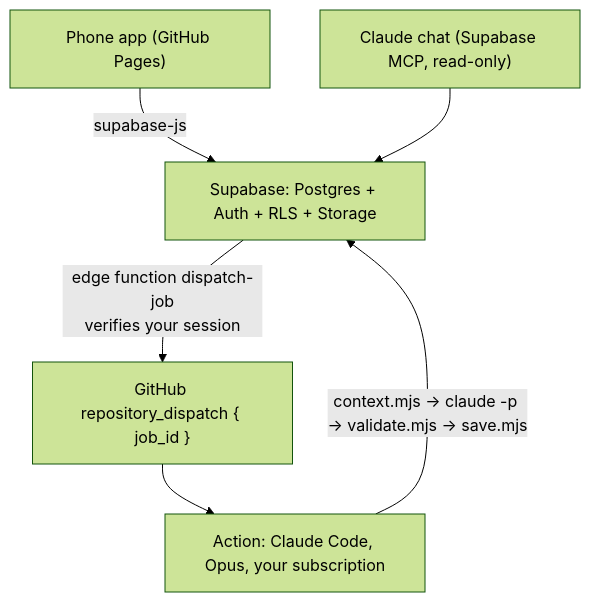
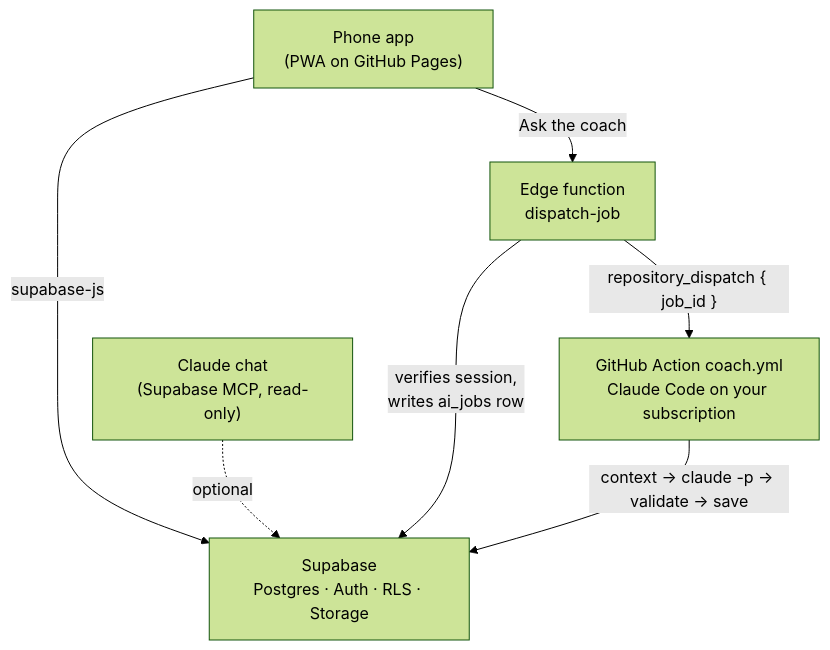
The first of 2 diagrams in README.md (AriyanAzami/gym-coach), drawn with Mermaid (forest theme) before and after one commit. The commit also changed other lines of this file, not shown here.

````diff
--- a/README.md
+++ b/README.md
@@ -12,10 +14,11 @@
 ```mermaid
 flowchart TD
-    A["Phone app (GitHub Pages)"] -- supabase-js --> B
-    C["Claude chat (Supabase MCP, read-only)"] --> B
-    B["Supabase: Postgres + Auth + RLS + Storage"]
-    B -- "edge function dispatch-job<br/>verifies your session" --> D
-    D["GitHub repository_dispatch { job_id }"] --> E
-    E["Action: Claude Code, Opus, your subscription"]
-    E -- "context.mjs → claude -p → validate.mjs → save.mjs" --> B
+    A["Phone app<br/>(PWA on GitHub Pages)"] -- "supabase-js" --> B
+    C["Claude chat<br/>(Supabase MCP, read-only)"] -. optional .-> B
+    B["Supabase<br/>Postgres · Auth · RLS · Storage"]
+    A -- "Ask the coach" --> F["Edge function<br/>dispatch-job"]
+    F -- "verifies session,<br/>writes ai_jobs row" --> B
+    F -- "repository_dispatch { job_id }" --> E
+    E["GitHub Action coach.yml<br/>Claude Code on your subscription"]
+    E -- "context → claude -p → validate → save" --> B
 ```
````
